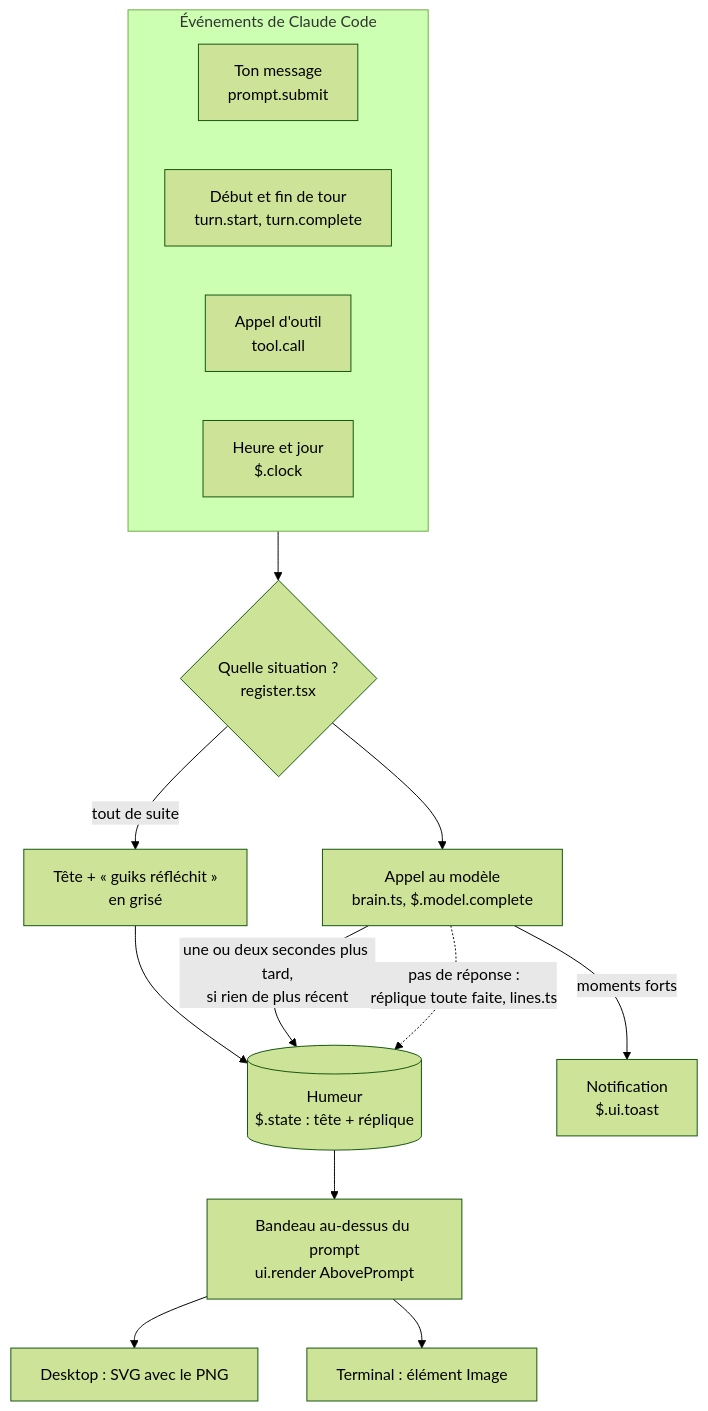
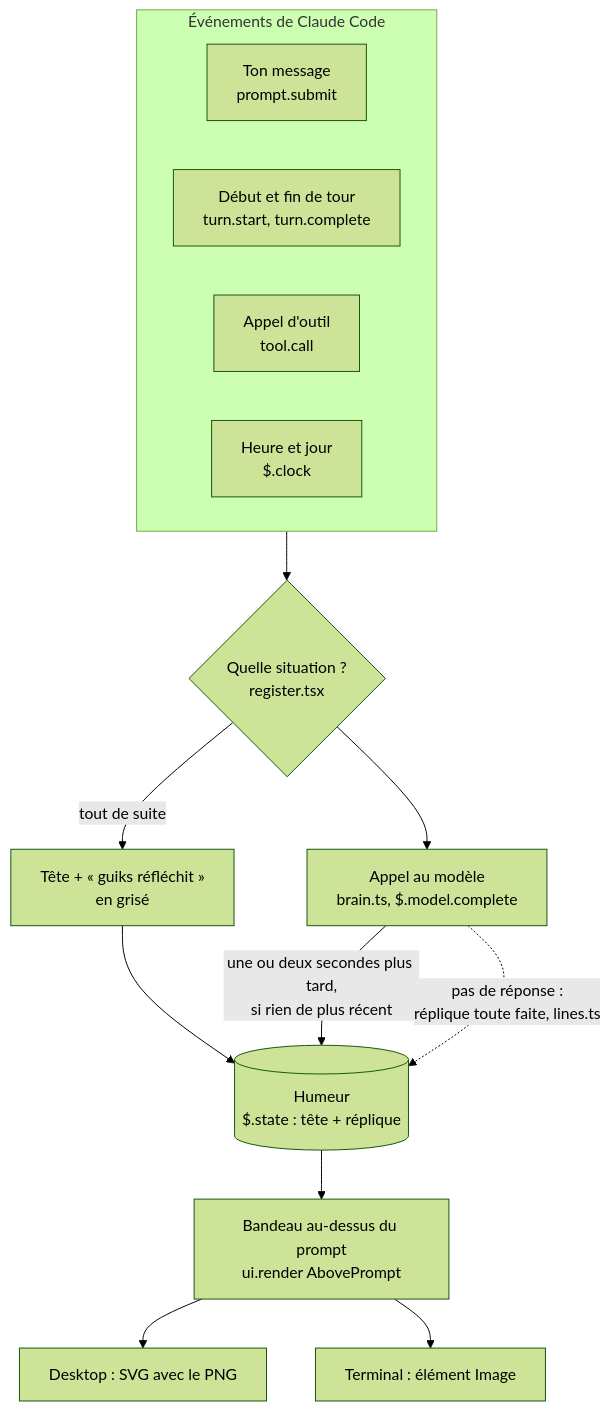
Before and after one commit to yluom/guiks-o-metre: the diagram in README.md, drawn with Mermaid (forest theme). The commit also changed other lines of this file and 18 other files, not shown here.

````diff
--- a/README.md
+++ b/README.md
@@ -120,20 +121,19 @@
 ```mermaid
 flowchart TB
   subgraph E["Événements de Claude Code"]
     direction LR
     P["Ton message<br/>prompt.submit"]
     T["Début et fin de tour<br/>turn.start, turn.complete"]
     O["Appel d'outil<br/>tool.call"]
     H["Heure et jour<br/>$.clock"]
   end
   E --> C{"Quelle situation ?<br/>register.tsx"}
   C -- "tout de suite" --> W["Tête + « guiks réfléchit »<br/>en grisé"]
   C --> B["Appel au modèle<br/>brain.ts, $.model.complete"]
   W --> S[("Humeur<br/>$.state : tête + réplique")]
   B -- "une ou deux secondes plus tard,<br/>si rien de plus récent" --> S
   B -. "pas de réponse :<br/>réplique toute faite, lines.ts" .-> S
-  B -- "moments forts" --> N["Notification<br/>$.ui.toast"]
   S --> R["Bandeau au-dessus du prompt<br/>ui.render AbovePrompt"]
   R --> D["Desktop : SVG avec le PNG"]
   R --> X["Terminal : élément Image"]
 ```
````
